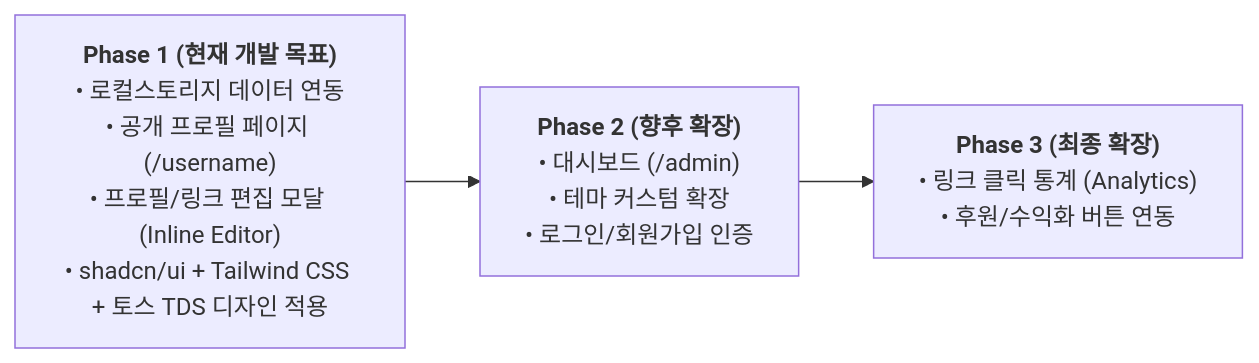
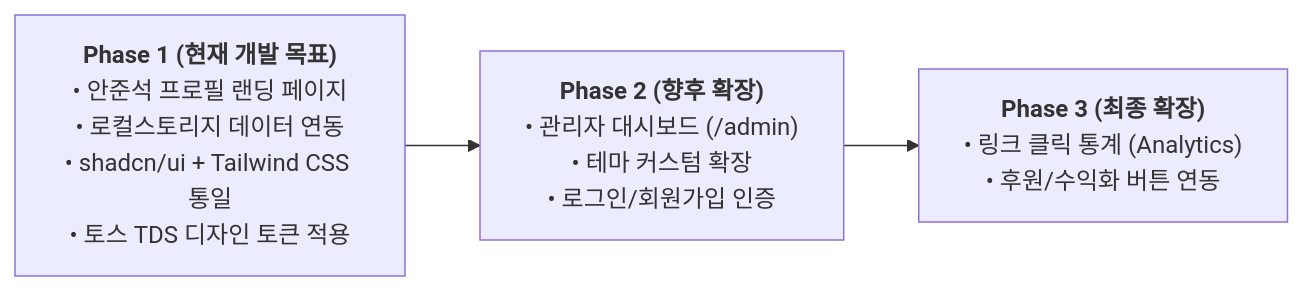
One commit to junseok1028/mylink changed the first of 2 diagrams in docs/PRD.md. Above: the diagram before and after it, drawn with Mermaid. The commit also changed other lines of this file and 5 other files, not shown here.

Commit message:
feat: complete wireframe implementation with Toss TDS, shadcn/ui, Junseok profile, and docs update

````diff
--- a/docs/PRD.md
+++ b/docs/PRD.md
@@ -12,5 +11,5 @@
 ```mermaid
 flowchart LR
-    Phase1["<b>Phase 1 (현재 개발 목표)</b><br/>• 로컬스토리지 데이터 연동<br/>• 공개 프로필 페이지 (/username)<br/>• 프로필/링크 편집 모달 (Inline Editor)<br/>• shadcn/ui + Tailwind CSS + 토스 TDS 디자인 적용"] --> Phase2["<b>Phase 2 (향후 확장)</b><br/>• 대시보드 (/admin)<br/>• 테마 커스텀 확장<br/>• 로그인/회원가입 인증"]
+    Phase1["<b>Phase 1 (현재 개발 목표)</b><br/>• 안준석 프로필 랜딩 페이지<br/>• 로컬스토리지 데이터 연동<br/>• shadcn/ui + Tailwind CSS 통일<br/>• 토스 TDS 디자인 토큰 적용"] --> Phase2["<b>Phase 2 (향후 확장)</b><br/>• 관리자 대시보드 (/admin)<br/>• 테마 커스텀 확장<br/>• 로그인/회원가입 인증"]
     Phase2 --> Phase3["<b>Phase 3 (최종 확장)</b><br/>• 링크 클릭 통계 (Analytics)<br/>• 후원/수익화 버튼 연동"]
 ```
````
